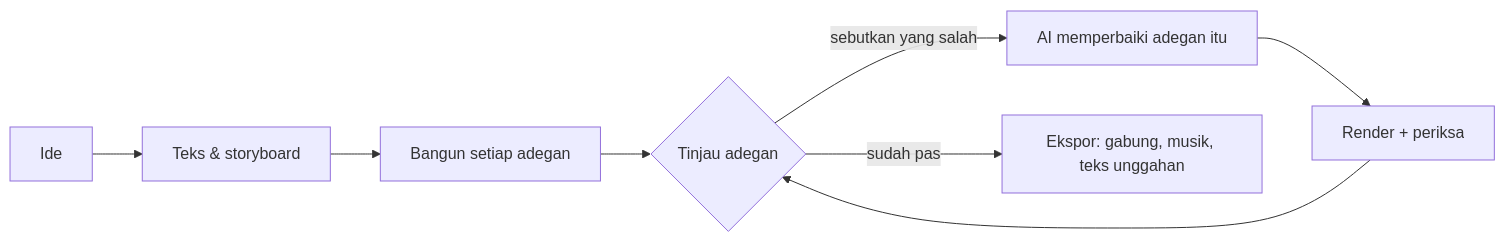
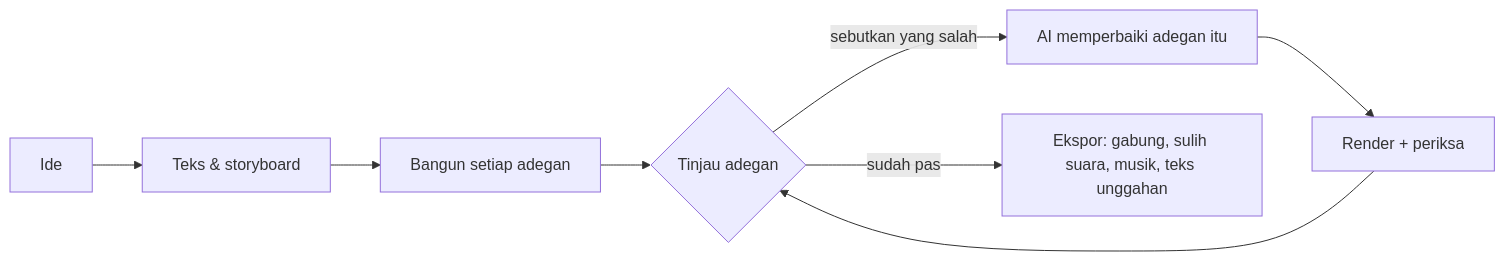
Before and after one commit to chihyungchang/Shotloop: the diagram in README.id.md, drawn with Mermaid. The commit also changed other lines of this file and 161 other files, not shown here.

````diff
--- a/README.id.md
+++ b/README.id.md
@@ -109,8 +109,8 @@
 ```mermaid
 flowchart LR
   A[Ide] --> B[Teks &amp; storyboard]
   B --> C[Bangun setiap adegan]
   C --> D{Tinjau adegan}
   D -- "sebutkan yang salah" --> E[AI memperbaiki adegan itu] --> F[Render + periksa] --> D
-  D -- sudah pas --> G[Ekspor: gabung, musik, teks unggahan]
+  D -- sudah pas --> G[Ekspor: gabung, sulih suara, musik, teks unggahan]
 ```
````
